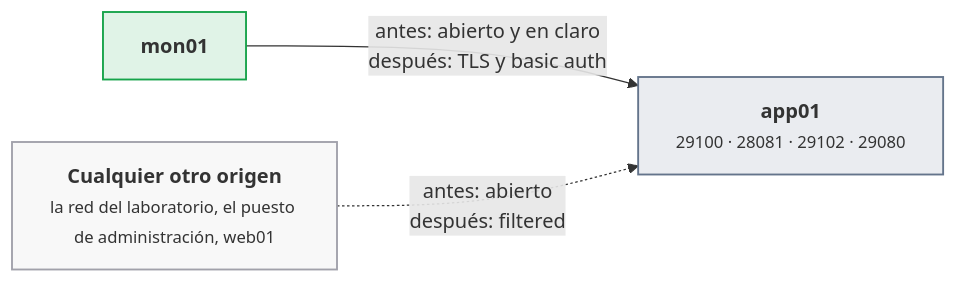
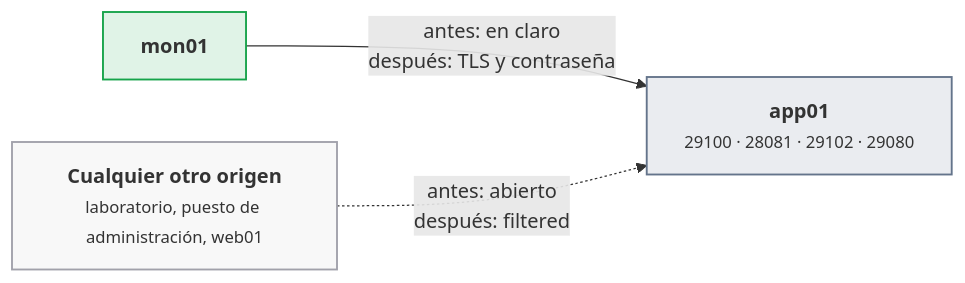
Before and after one commit to victor-educ/apuntes-5169: the first of 2 diagrams in docs/ut/ut3-seguridad-monitorizacion.md, drawn with Mermaid. The commit also changed other lines of this file and 3 other files, not shown here.

````diff
--- a/docs/ut/ut3-seguridad-monitorizacion.md
+++ b/docs/ut/ut3-seguridad-monitorizacion.md
@@ -205,14 +148,11 @@
 ```mermaid
 flowchart LR
-    O["<b>Cualquier otro origen</b><br><small>la red del laboratorio, el puesto de administración, web01</small>"]:::infra
+    O["<b>Cualquier otro origen</b><br><small>laboratorio, puesto de administración, web01</small>"]:::infra
     M["<b>mon01</b>"]:::ok
     A["<b>app01</b><br><small>29100 · 28081 · 29102 · 29080</small>"]:::pieza
-    M -->|"antes: abierto y en claro<br>después: TLS y basic auth"| A
+    M -->|"antes: en claro<br>después: TLS y contraseña"| A
     O -.->|"antes: abierto<br>después: filtered"| A
-    classDef act fill:#ea580c22,stroke:#ea580c,stroke-width:1.5px
     classDef pieza fill:#64748b22,stroke:#64748b,stroke-width:1.5px
-    classDef dato fill:#2563eb22,stroke:#2563eb,stroke-width:1.5px
     classDef infra fill:#a1a1aa14,stroke:#a1a1aa,stroke-width:1.5px
     classDef ok fill:#16a34a22,stroke:#16a34a,stroke-width:1.5px
-    classDef riesgo fill:#dc262622,stroke:#dc2626,stroke-width:1.5px
 ```
````
